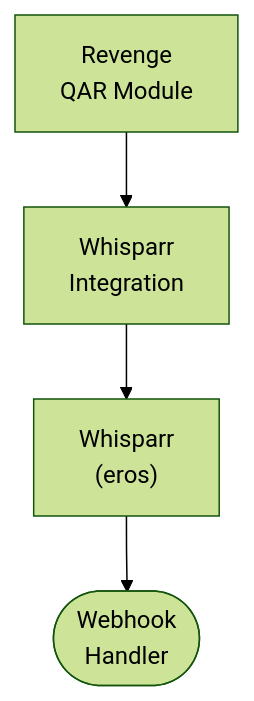
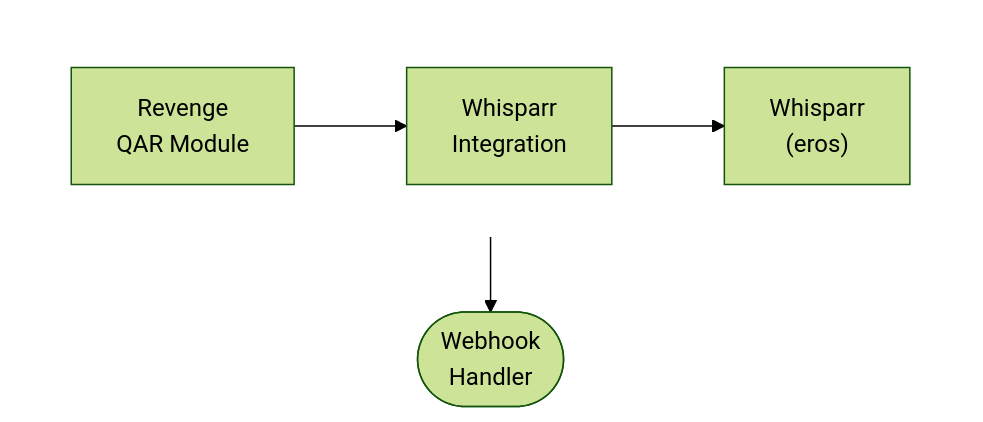
Before and after one commit to lusoris/revenge: the diagram in docs/dev/design/integrations/servarr/WHISPARR.md, drawn with Mermaid (forest theme). The commit also changed 210 other files, not shown here.

First line of the commit message:
feat(docs): Add horizontal layout support for Mermaid diagrams

````diff
--- a/docs/dev/design/integrations/servarr/WHISPARR.md
+++ b/docs/dev/design/integrations/servarr/WHISPARR.md
@@ -51,10 +51,16 @@
 ```mermaid
 flowchart TD
-    node1["Revenge<br/>QAR Module"]
-    node2["Whisparr<br/>Integration"]
-    node3["Whisparr<br/>(eros)"]
+    subgraph row1[ ]
+        direction LR
+        node1["Revenge<br/>QAR Module"]
+        node2["Whisparr<br/>Integration"]
+        node3["Whisparr<br/>(eros)"]
+    end
     node4(["Webhook<br/>Handler"])
     node1 --> node2
     node2 --> node3
     node3 --> node4
+
+    %% Hide row subgraph borders
+    style row1 fill:transparent,stroke:transparent
 ```
````
